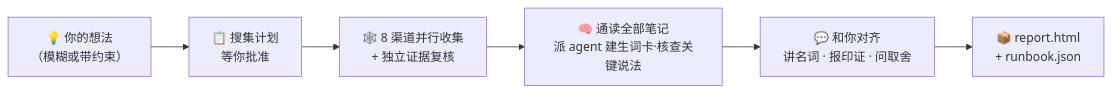
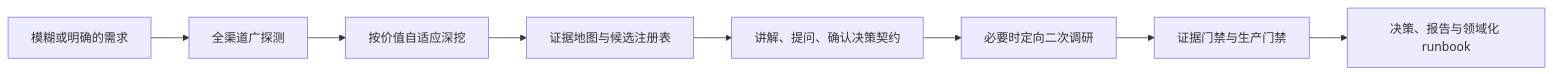
Before and after one commit to Somezak1/research-anything: the diagram in README_CN.md, drawn with Mermaid. The commit also changed other lines of this file and 45 other files, not shown here.

````diff
--- a/README_CN.md
+++ b/README_CN.md
@@ -63,8 +36,10 @@
 ```mermaid
 flowchart LR
-    A["💡 你的想法<br/>（模糊或带约束）"] --> B["📋 搜集计划<br/>等你批准"]
-    B --> C["🕸️ 8 渠道并行收集<br/>+ 独立证据复核"]
-    C --> D["🧠 通读全部笔记<br/>派 agent 建生词卡·核查关键说法"]
-    D --> E["💬 和你对齐<br/>讲名词 · 报印证 · 问取舍"]
-    E --> F["📦 report.html<br/>+ runbook.json"]
+    A["模糊或明确的需求"] --> B["全渠道广探测"]
+    B --> C["按价值自适应深挖"]
+    C --> D["证据地图与候选注册表"]
+    D --> E["讲解、提问、确认决策契约"]
+    E --> F["必要时定向二次调研"]
+    F --> G["证据门禁与生产门禁"]
+    G --> H["决策、报告与领域化 runbook"]
 ```
````
